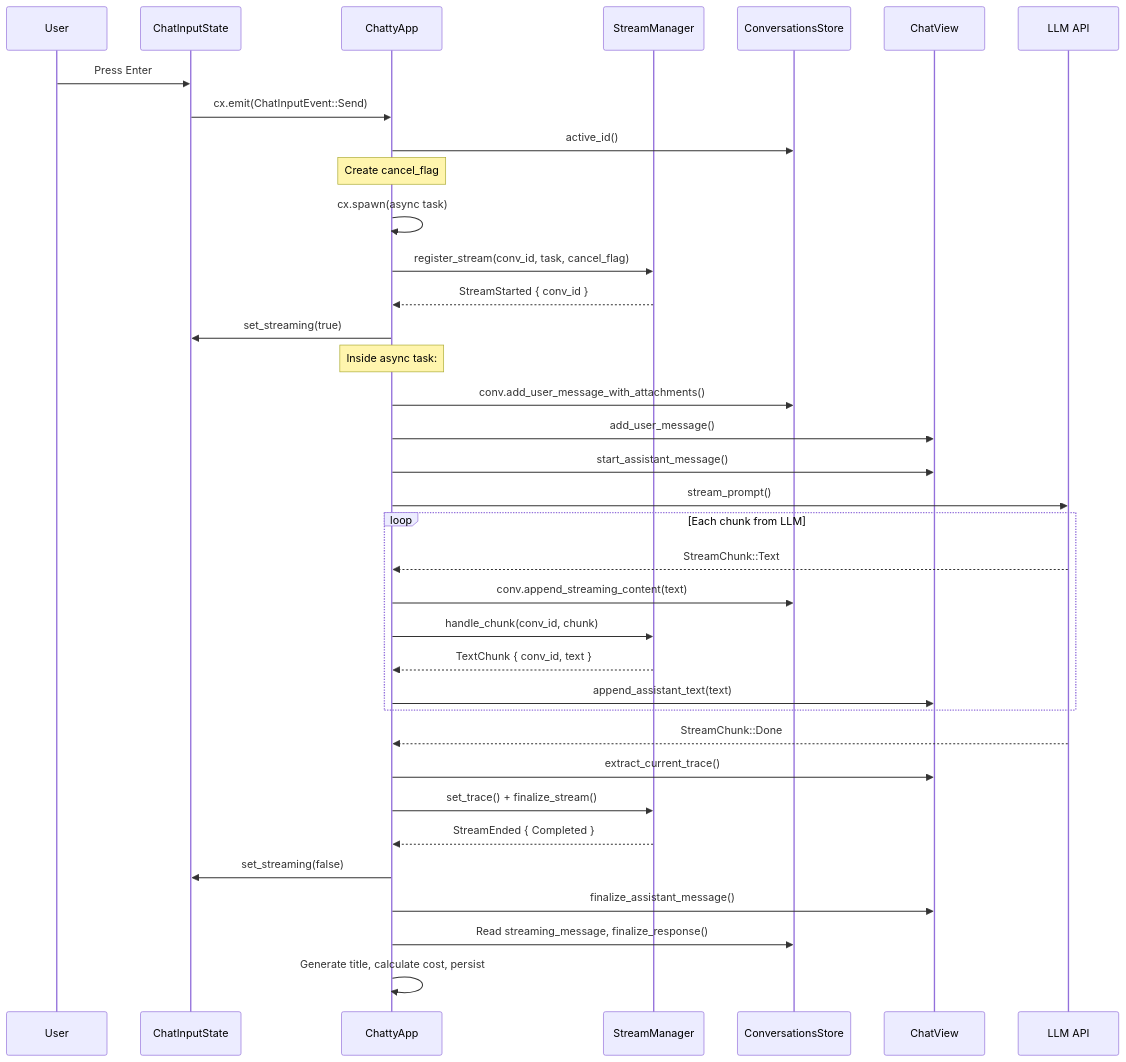
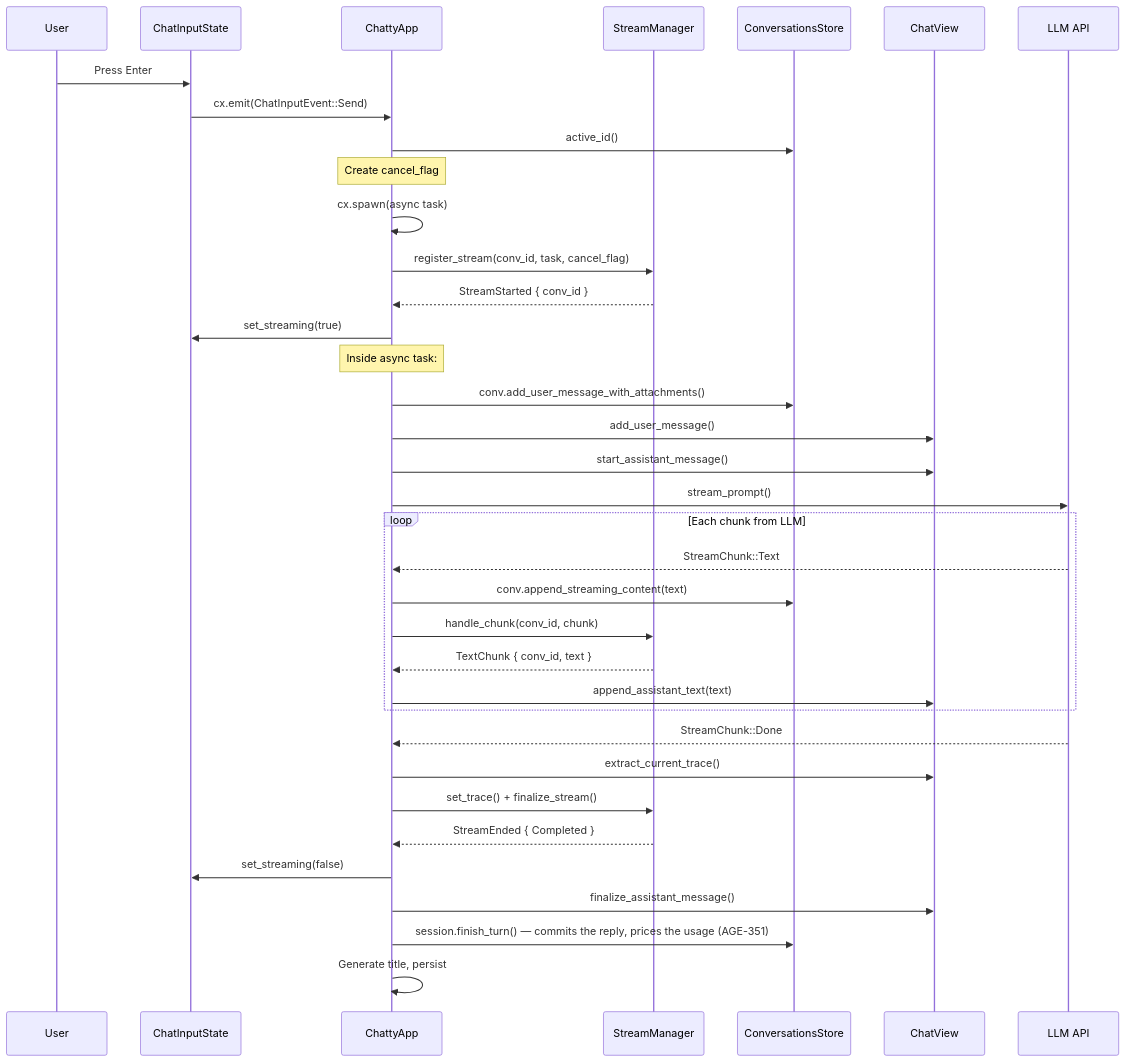
The second of 5 diagrams in docs/stream-manager.md (boersmamarcel/chatty2), drawn with Mermaid before and after one commit. The commit also changed 14 other files, not shown here.

First line of the commit message:
Persist tool-call count and context tokens; price turns in AgentSession (AGE-351)

````diff
--- a/docs/stream-manager.md
+++ b/docs/stream-manager.md
@@ -117,44 +117,44 @@
 ```mermaid
 sequenceDiagram
     participant U as User
     participant CIS as ChatInputState
     participant CA as ChattyApp
     participant SM as StreamManager
     participant CS as ConversationsStore
     participant CV as ChatView
     participant LLM as LLM API
 
     U->>CIS: Press Enter
     CIS->>CA: cx.emit(ChatInputEvent::Send)
     CA->>CS: active_id()
 
     Note over CA: Create cancel_flag
 
     CA->>CA: cx.spawn(async task)
     CA->>SM: register_stream(conv_id, task, cancel_flag)
     SM-->>CA: StreamStarted { conv_id }
     CA->>CIS: set_streaming(true)
 
     Note over CA: Inside async task:
     CA->>CS: conv.add_user_message_with_attachments()
     CA->>CV: add_user_message()
     CA->>CV: start_assistant_message()
     CA->>LLM: stream_prompt()
 
     loop Each chunk from LLM
         LLM-->>CA: StreamChunk::Text
         CA->>CS: conv.append_streaming_content(text)
         CA->>SM: handle_chunk(conv_id, chunk)
         SM-->>CA: TextChunk { conv_id, text }
         CA->>CV: append_assistant_text(text)
     end
 
     LLM-->>CA: StreamChunk::Done
     CA->>CV: extract_current_trace()
     CA->>SM: set_trace() + finalize_stream()
     SM-->>CA: StreamEnded { Completed }
     CA->>CIS: set_streaming(false)
     CA->>CV: finalize_assistant_message()
-    CA->>CS: Read streaming_message, finalize_response()
-    CA->>CA: Generate title, calculate cost, persist
+    CA->>CS: session.finish_turn() — commits the reply, prices the usage (AGE-351)
+    CA->>CA: Generate title, persist
 ```
````
